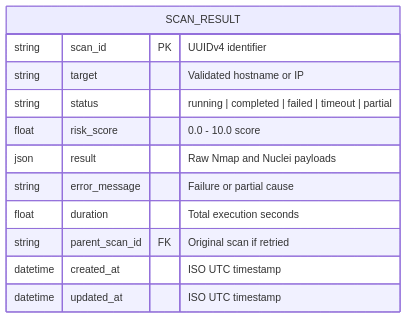
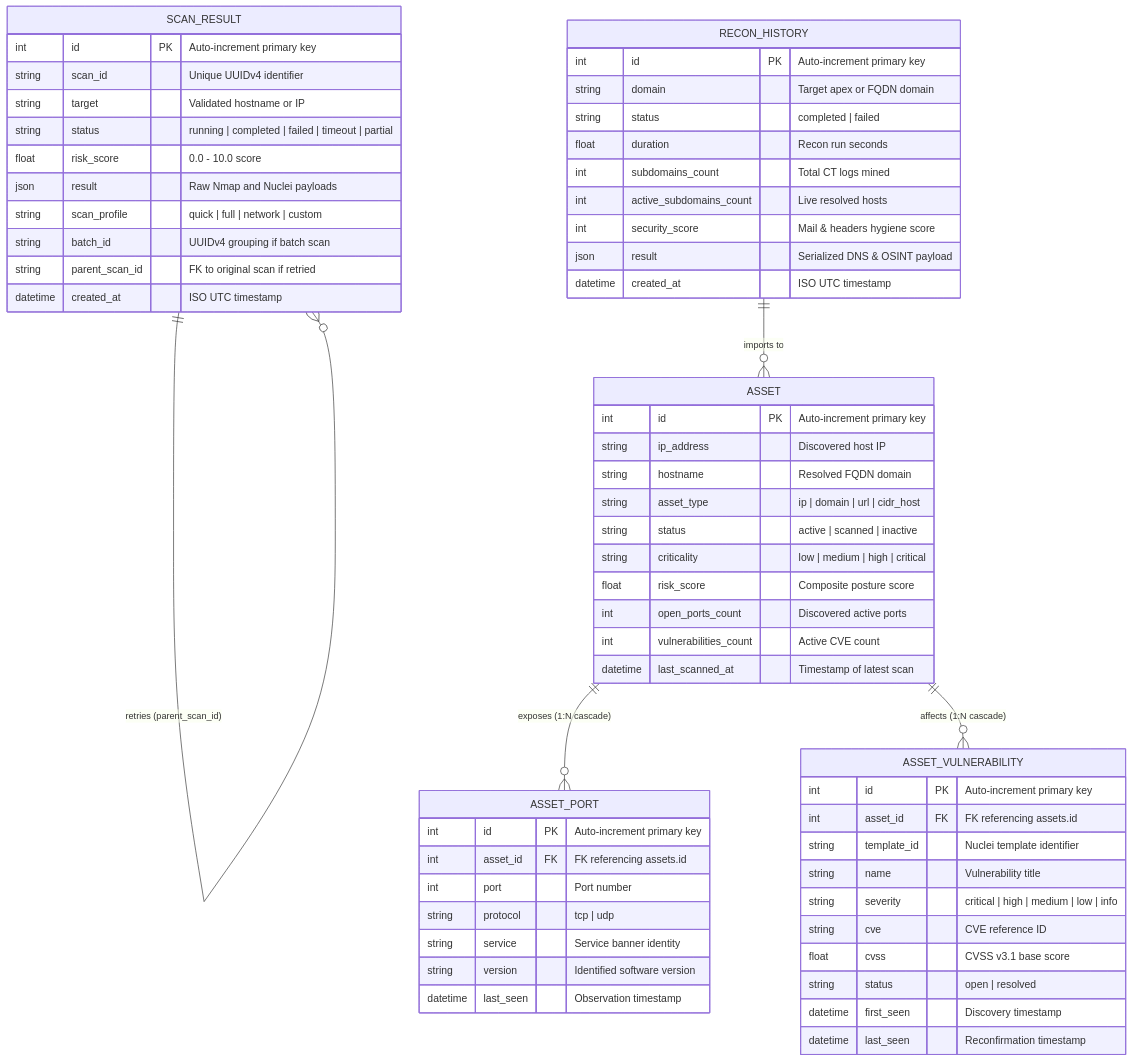
Diagram 12 of 15 in README.md (prithvi-01x/XenoraSec), drawn with Mermaid before and after one commit.

Commit message:
docs(readme): expand database ER diagram with ASM and OSINT schema entities

````diff
--- a/README.md
+++ b/README.md
@@ -999,15 +999,68 @@
 ```mermaid
 erDiagram
+    SCAN_RESULT ||--o{ SCAN_RESULT : "retries (parent_scan_id)"
+    ASSET ||--o{ ASSET_PORT : "exposes (1:N cascade)"
+    ASSET ||--o{ ASSET_VULNERABILITY : "affects (1:N cascade)"
+    RECON_HISTORY ||--o{ ASSET : "imports to"
+
     SCAN_RESULT {
-        string scan_id PK "UUIDv4 identifier"
+        int id PK "Auto-increment primary key"
+        string scan_id "Unique UUIDv4 identifier"
         string target "Validated hostname or IP"
         string status "running | completed | failed | timeout | partial"
         float risk_score "0.0 - 10.0 score"
         json result "Raw Nmap and Nuclei payloads"
-        string error_message "Failure or partial cause"
-        float duration "Total execution seconds"
-        string parent_scan_id FK "Original scan if retried"
+        string scan_profile "quick | full | network | custom"
+        string batch_id "UUIDv4 grouping if batch scan"
+        string parent_scan_id "FK to original scan if retried"
         datetime created_at "ISO UTC timestamp"
-        datetime updated_at "ISO UTC timestamp"
+    }
+
+    ASSET {
+        int id PK "Auto-increment primary key"
+        string ip_address "Discovered host IP"
+        string hostname "Resolved FQDN domain"
+        string asset_type "ip | domain | url | cidr_host"
+        string status "active | scanned | inactive"
+        string criticality "low | medium | high | critical"
+        float risk_score "Composite posture score"
+        int open_ports_count "Discovered active ports"
+        int vulnerabilities_count "Active CVE count"
+        datetime last_scanned_at "Timestamp of latest scan"
+    }
+
+    ASSET_PORT {
+        int id PK "Auto-increment primary key"
+        int asset_id FK "FK referencing assets.id"
+        int port "Port number"
+        string protocol "tcp | udp"
+        string service "Service banner identity"
+        string version "Identified software version"
+        datetime last_seen "Observation timestamp"
+    }
+
+    ASSET_VULNERABILITY {
+        int id PK "Auto-increment primary key"
+        int asset_id FK "FK referencing assets.id"
+        string template_id "Nuclei template identifier"
+        string name "Vulnerability title"
+        string severity "critical | high | medium | low | info"
+        string cve "CVE reference ID"
+        float cvss "CVSS v3.1 base score"
+        string status "open | resolved"
+        datetime first_seen "Discovery timestamp"
+        datetime last_seen "Reconfirmation timestamp"
+    }
+
+    RECON_HISTORY {
+        int id PK "Auto-increment primary key"
+        string domain "Target apex or FQDN domain"
+        string status "completed | failed"
+        float duration "Recon run seconds"
+        int subdomains_count "Total CT logs mined"
+        int active_subdomains_count "Live resolved hosts"
+        int security_score "Mail & headers hygiene score"
+        json result "Serialized DNS & OSINT payload"
+        datetime created_at "ISO UTC timestamp"
     }
 ```
````
